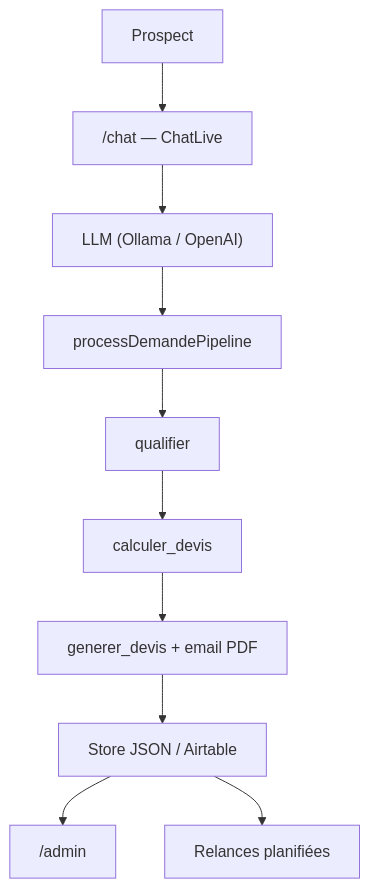
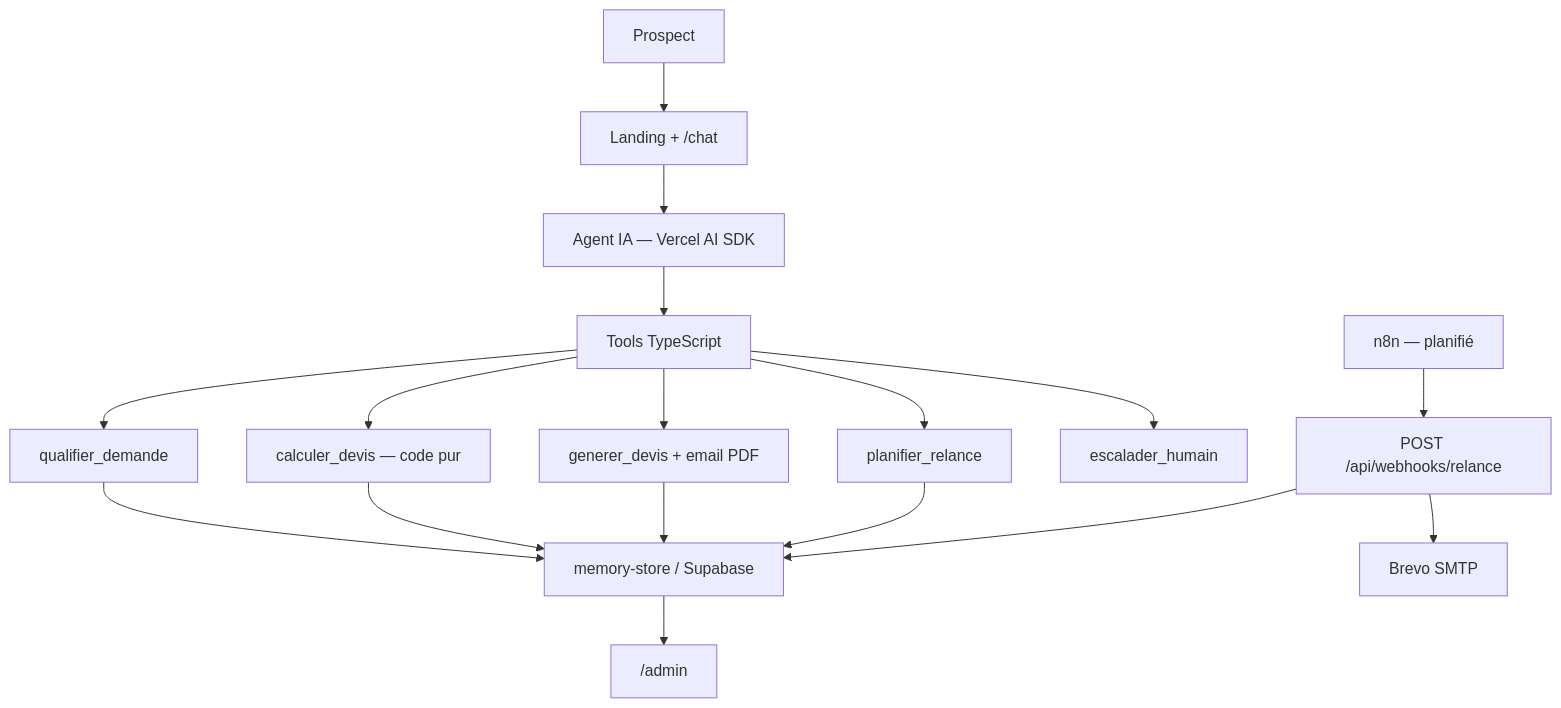
Before and after one commit to RRK28/neotravel: the first of 2 diagrams in neotravel-app/docs/architecture.md, drawn with Mermaid. The commit also changed other lines of this file and 4 other files, not shown here.

First line of the commit message:
corrige note de cadrage architecture Option B

````diff
--- a/neotravel-app/docs/architecture.md
+++ b/neotravel-app/docs/architecture.md
@@ -16,12 +25,19 @@
 ```mermaid
 flowchart TB
-  Prospect["Prospect"] --> Chat["/chat — ChatLive"]
-  Chat --> LLM["LLM (Ollama / OpenAI)"]
-  LLM --> Pipeline["processDemandePipeline"]
-  Pipeline --> Q["qualifier"]
-  Q --> C["calculer_devis"]
-  C --> G["generer_devis + email PDF"]
-  G --> Store["Store JSON / Airtable"]
+  Prospect["Prospect"] --> Landing["Landing + /chat"]
+  Landing --> Agent["Agent IA — Vercel AI SDK"]
+  Agent --> Tools["Tools TypeScript"]
+  Tools --> Q["qualifier_demande"]
+  Tools --> C["calculer_devis — code pur"]
+  Tools --> G["generer_devis + email PDF"]
+  Tools --> P["planifier_relance"]
+  Tools --> E["escalader_humain"]
+  Q --> Store["memory-store / Supabase"]
+  C --> Store
+  G --> Store
+  P --> Store
   Store --> Admin["/admin"]
-  Store --> Relances["Relances planifiées"]
+  n8n["n8n — planifié"] --> Relance["POST /api/webhooks/relance"]
+  Relance --> Store
+  Relance --> Email["Brevo SMTP"]
 ```
````
